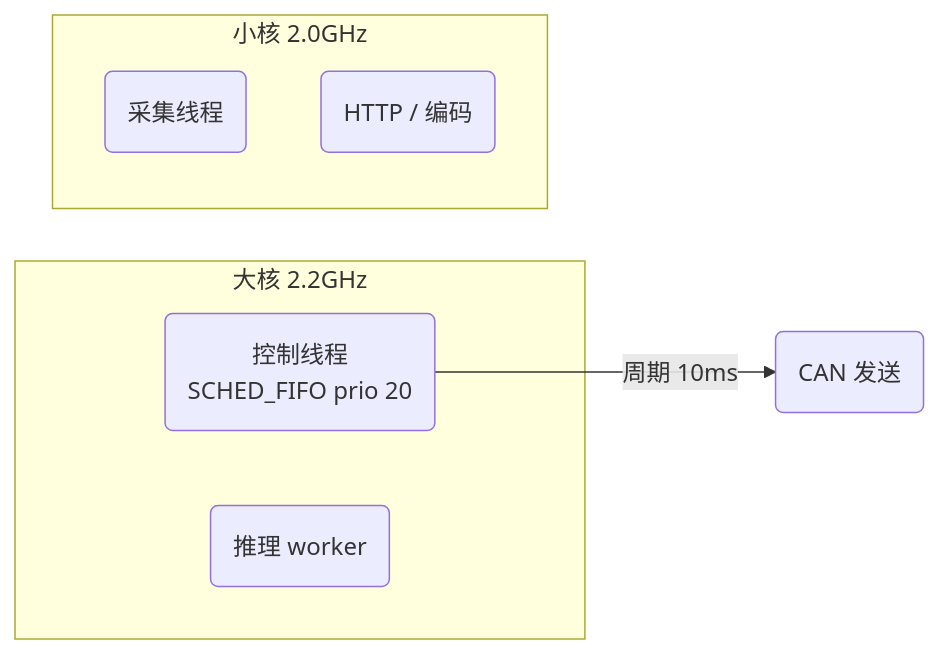
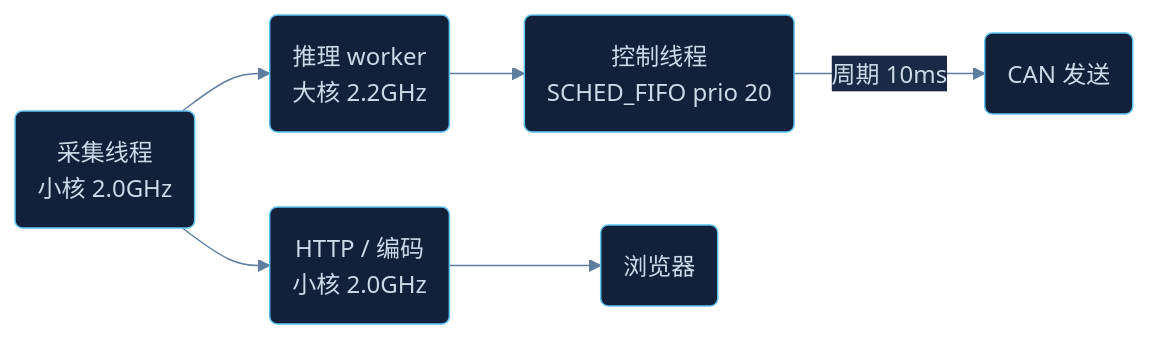
The fifth of 8 diagrams in README.md (qianruo-orange/autonomous-driving-car), drawn with Mermaid before and after one commit. The commit also changed other lines of this file, not shown here.

Commit message:
docs: dark-theme mermaid init, drop subgraphs from the scheduling diagram

````diff
--- a/README.md
+++ b/README.md
@@ -171,12 +174,13 @@
 ```mermaid
+%%{init: {'theme':'base','themeVariables':{'primaryColor':'#12203a','primaryTextColor':'#cdd9e8','primaryBorderColor':'#5ec2f0','lineColor':'#5e7ea0','secondaryColor':'#1a2a44','tertiaryColor':'#0f1a2e','fontFamily':'Segoe UI, Helvetica, Arial, sans-serif'}}}%%
 flowchart LR
-    subgraph CPU4-7[大核 2.2GHz]
-        RT(控制线程<br/>SCHED_FIFO prio 20)
-        INF(推理 worker)
-    end
-    subgraph CPU0-3[小核 2.0GHz]
-        CAP2(采集线程)
-        HTTP2(HTTP / 编码)
-    end
-    RT -->|周期 10ms| CAN2(CAN 发送)
+    CAP2(采集线程<br/>小核 2.0GHz)
+    INF(推理 worker<br/>大核 2.2GHz)
+    RT(控制线程<br/>SCHED_FIFO prio 20)
+    HTTP2(HTTP / 编码<br/>小核 2.0GHz)
+    BR(浏览器)
+    CAN2(CAN 发送)
+    CAP2 --> INF --> RT
+    CAP2 --> HTTP2 --> BR
+    RT -->|周期 10ms| CAN2
 ```
````
